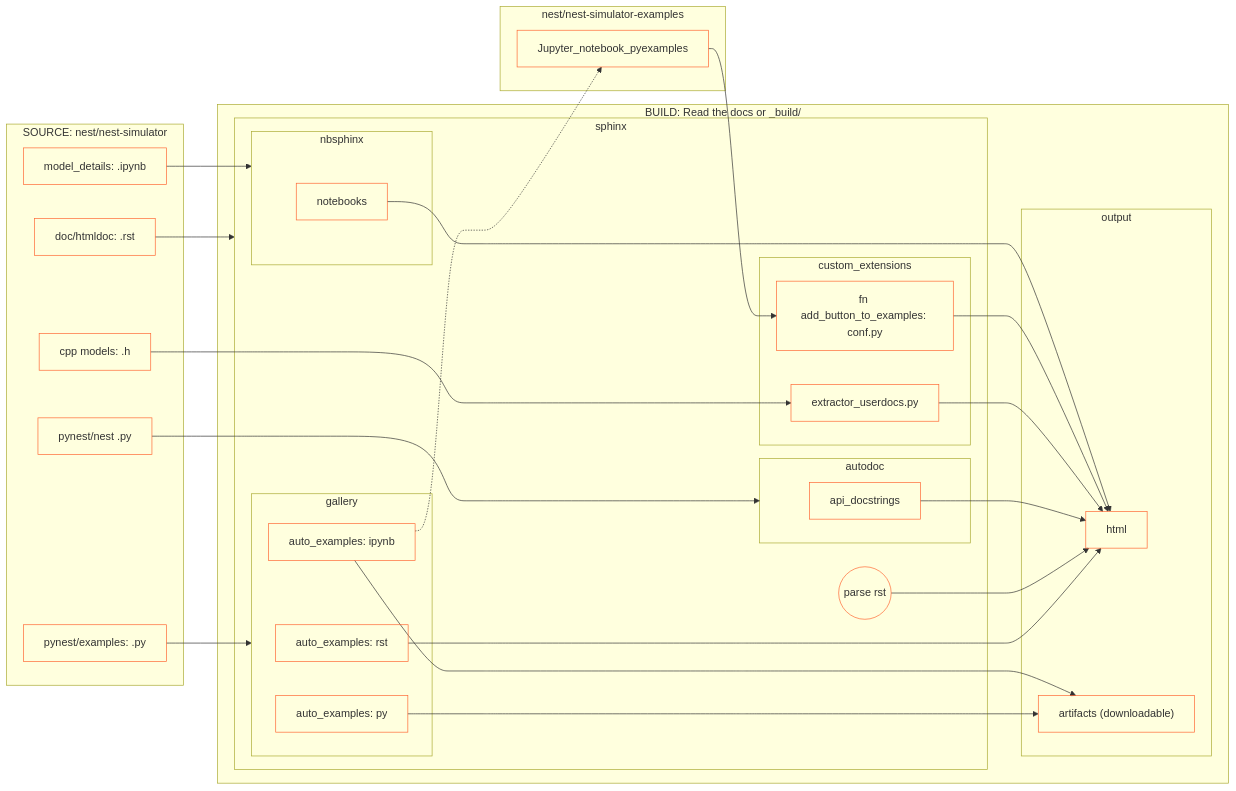
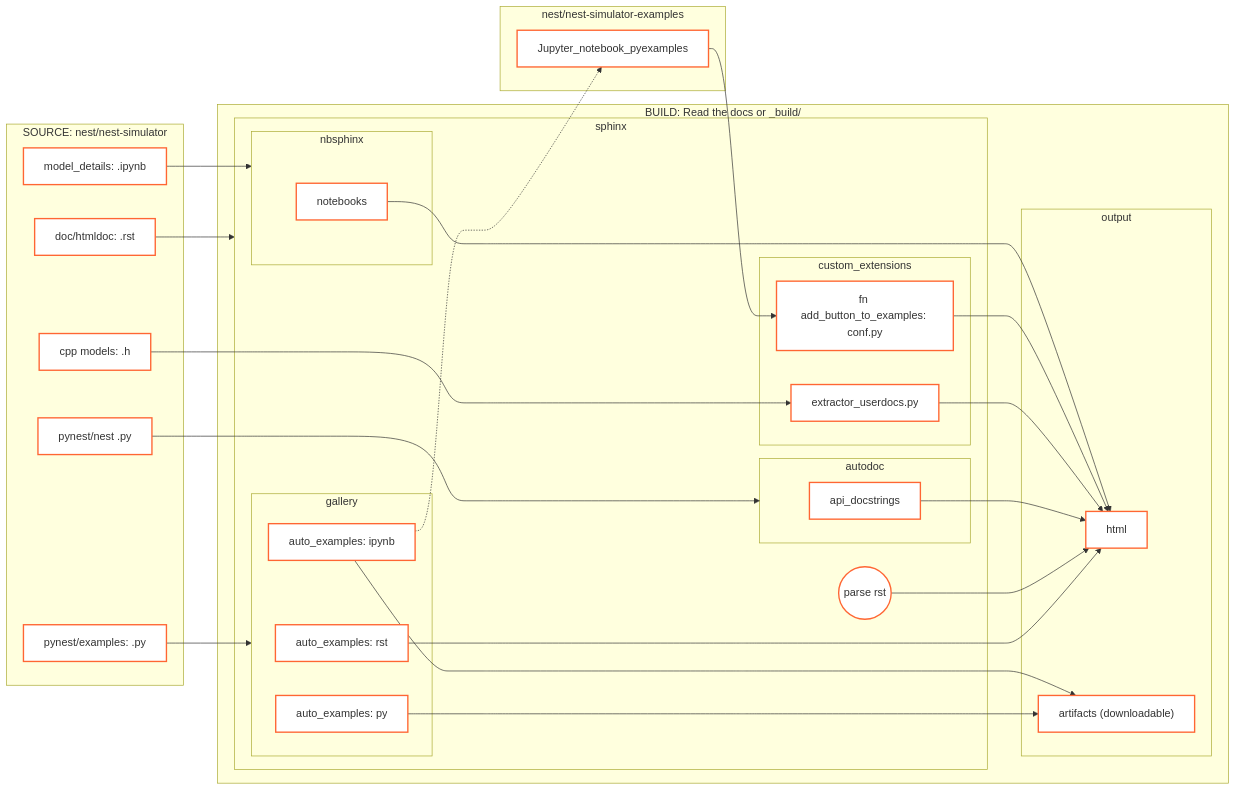
Before and after one commit to nest/nest-simulator: the second of 2 diagrams in doc/htmldoc/developer_space/workflows/documentation_workflow/user_documentation_workflow.rst, drawn with Mermaid. The commit also changed other lines of this file and 1 other file, not shown here.

```diff
--- a/doc/htmldoc/developer_space/workflows/documentation_workflow/user_documentation_workflow.rst
+++ b/doc/htmldoc/developer_space/workflows/documentation_workflow/user_documentation_workflow.rst
@@ -28,47 +77,47 @@
 .. mermaid::
    :zoom:
    :caption: Overview of documentation build. Drag and zoom to explore.
 
    flowchart LR
 
-      classDef nest stroke:#f63, stroke-width:1px, fill:#e2e2e200;
+      classDef nest stroke:#f63, stroke-width:2px, fill:#fff;
 
       subgraph BUILD: Read the docs or _build/
         subgraph output
          html:::nest
          arti
         end
         ar-->html
         ap-->arti["artifacts (downloadable)"]:::nest
         ai-->arti
         subgraph sphinx
          parse((parse rst)):::nest-->html
           subgraph autodoc
            api_docstrings:::nest-->html
           end
          subgraph gallery
           ai["auto_examples: ipynb"]:::nest
           ar["auto_examples: rst"]:::nest
           ap["auto_examples: py"]:::nest
          end
          subgraph custom_extensions
           extractor_userdocs.py:::nest-->html
           button["fn add_button_to_examples: conf.py"]:::nest-->html
          end
          subgraph nbsphinx
           notebooks:::nest --> html
          end
         end
       end
 
       subgraph SOURCE: nest/nest-simulator
        docs["doc/htmldoc: .rst"]:::nest-->sphinx
        models["cpp models: .h"]:::nest-->extractor_userdocs.py
        py["pynest/examples: .py"]:::nest-->gallery
        api["pynest/nest .py"]:::nest-->autodoc
        ipynb["model_details: .ipynb"]:::nest-->nbsphinx
       end
       subgraph nest/nest-simulator-examples
        Jupyter_notebook_pyexamples:::nest-->button
        ai -..-> Jupyter_notebook_pyexamples
       end
```
